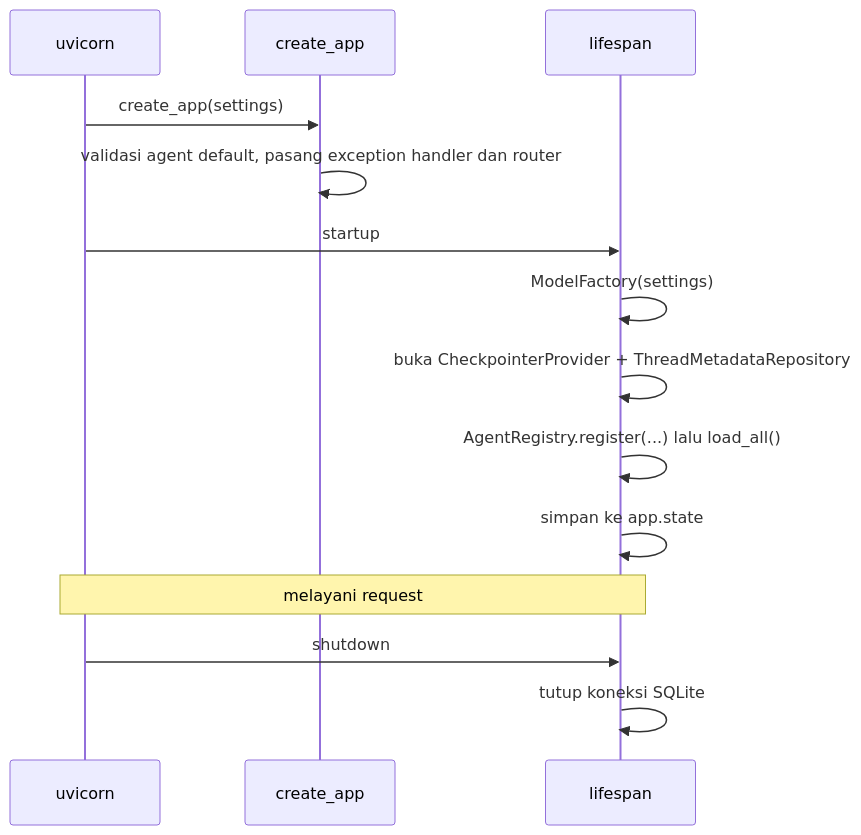
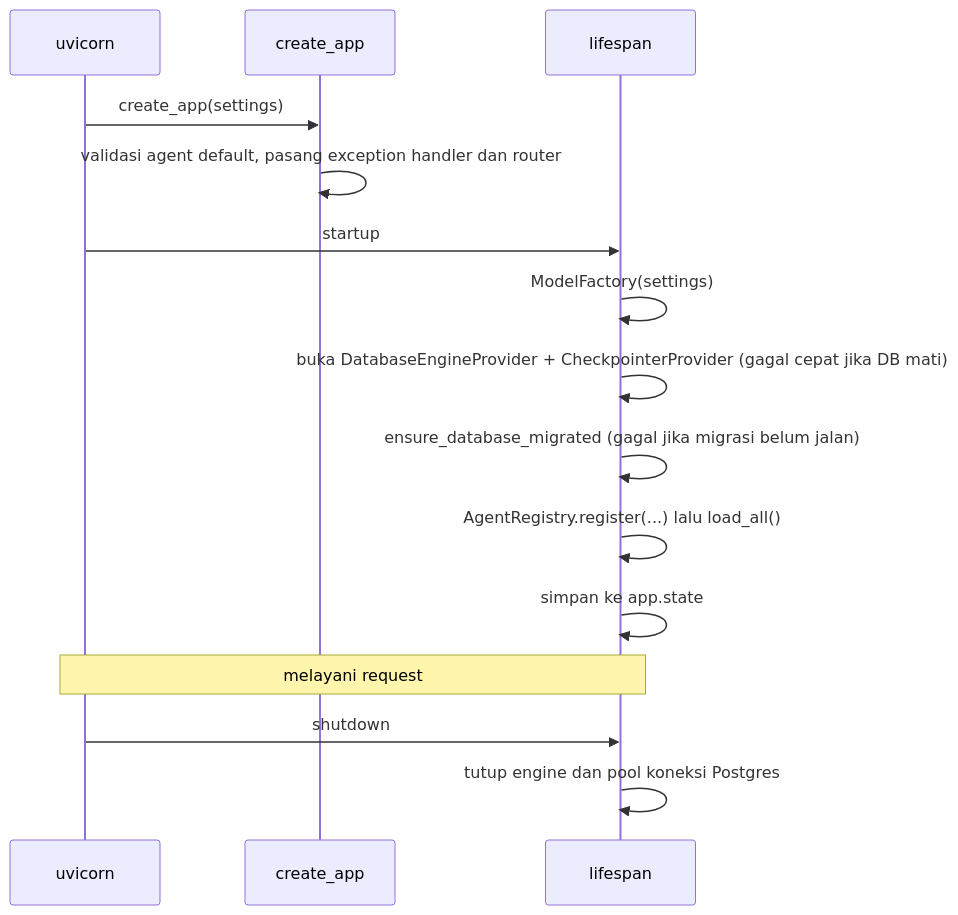
The first of 2 diagrams in docs/ARCHITECTURE.md (nurgoni/langgraph-agent), drawn with Mermaid before and after one commit. The commit also changed other lines of this file and 6 other files, not shown here.

````diff
--- a/docs/ARCHITECTURE.md
+++ b/docs/ARCHITECTURE.md
@@ -55,16 +55,17 @@
 ```mermaid
 sequenceDiagram
     participant U as uvicorn
     participant A as create_app
     participant L as lifespan
     U->>A: create_app(settings)
     A->>A: validasi agent default, pasang exception handler dan router
     U->>L: startup
     L->>L: ModelFactory(settings)
-    L->>L: buka CheckpointerProvider + ThreadMetadataRepository
+    L->>L: buka DatabaseEngineProvider + CheckpointerProvider (gagal cepat jika DB mati)
+    L->>L: ensure_database_migrated (gagal jika migrasi belum jalan)
     L->>L: AgentRegistry.register(...) lalu load_all()
     L->>L: simpan ke app.state
     Note over U,L: melayani request
     U->>L: shutdown
-    L->>L: tutup koneksi SQLite
+    L->>L: tutup engine dan pool koneksi Postgres
 ```
````
